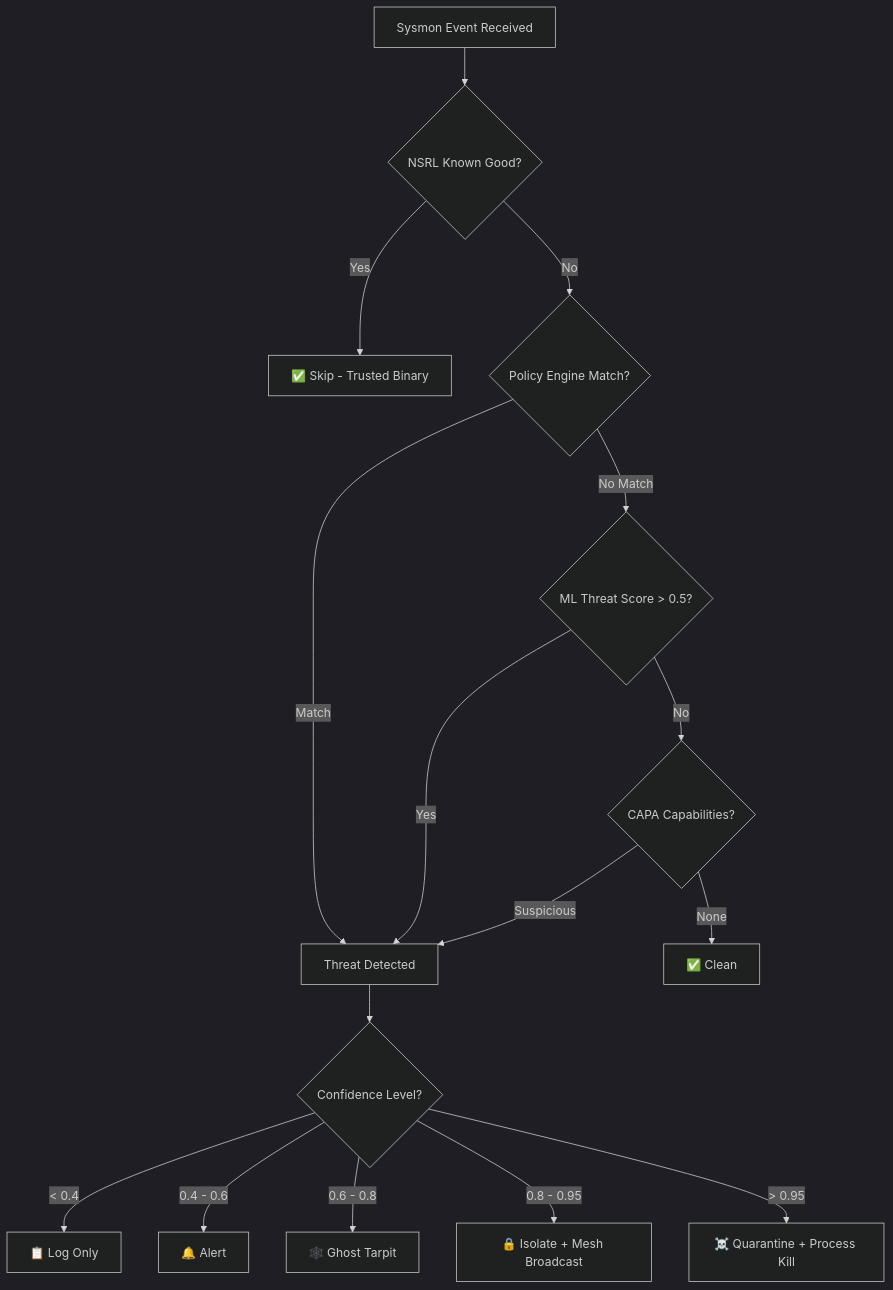
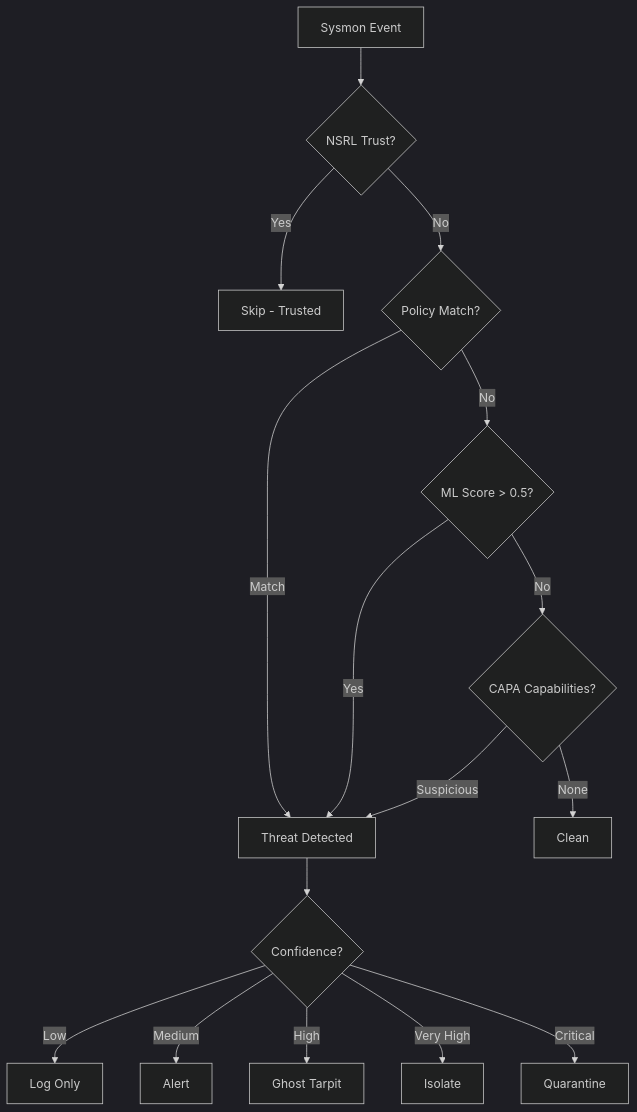
The second of 3 diagrams in README.md (oyesanyf/OshoosiClaw), drawn with Mermaid (dark theme) before and after one commit. The commit also changed other lines of this file and 2 other files, not shown here.

Commit message:
feat: improve AI docs, fix GitHub Mermaid rendering, add favicon, and optimize OpenShell install logic

````diff
--- a/README.md
+++ b/README.md
@@ -101,18 +114,18 @@
 ```mermaid
 graph TD
-    E["Sysmon Event Received"] --> F{"NSRL Known Good?"}
-    F -->|Yes| G["✅ Skip - Trusted Binary"]
-    F -->|No| H{"Policy Engine Match?"}
-    H -->|No Match| I{"ML Threat Score > 0.5?"}
-    H -->|Match| J["Threat Detected"]
-    I -->|No| K{"CAPA Capabilities?"}
+    E[Sysmon Event] --> F{NSRL Trust?}
+    F -->|Yes| G[Skip - Trusted]
+    F -->|No| H{Policy Match?}
+    H -->|No| I{ML Score > 0.5?}
+    H -->|Match| J[Threat Detected]
+    I -->|No| K{CAPA Capabilities?}
     I -->|Yes| J
-    K -->|None| L["✅ Clean"]
+    K -->|None| L[Clean]
     K -->|Suspicious| J
-    J --> M{"Confidence Level?"}
-    M -->|" < 0.4 "| N["📋 Log Only"]
-    M -->|" 0.4 - 0.6 "| O["🔔 Alert"]
-    M -->|" 0.6 - 0.8 "| P["🕸️ Ghost Tarpit"]
-    M -->|" 0.8 - 0.95 "| Q["🔒 Isolate + Mesh Broadcast"]
-    M -->|" > 0.95 "| R["☠️ Quarantine + Process Kill"]
+    J --> M{Confidence?}
+    M -->|Low| N[Log Only]
+    M -->|Medium| O[Alert]
+    M -->|High| P[Ghost Tarpit]
+    M -->|Very High| Q[Isolate]
+    M -->|Critical| R[Quarantine]
 ```
````
